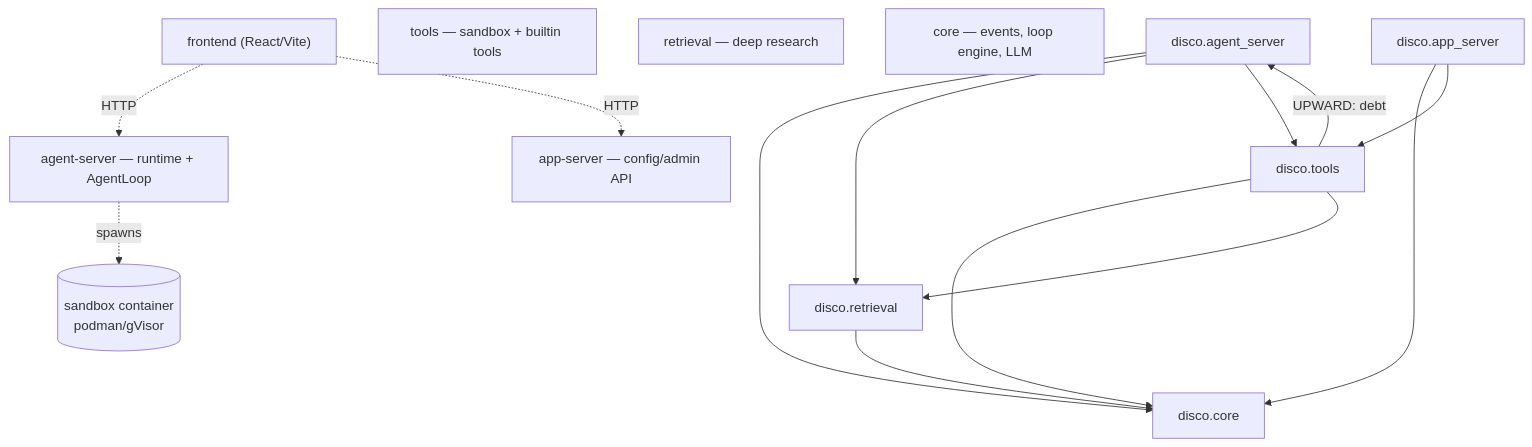
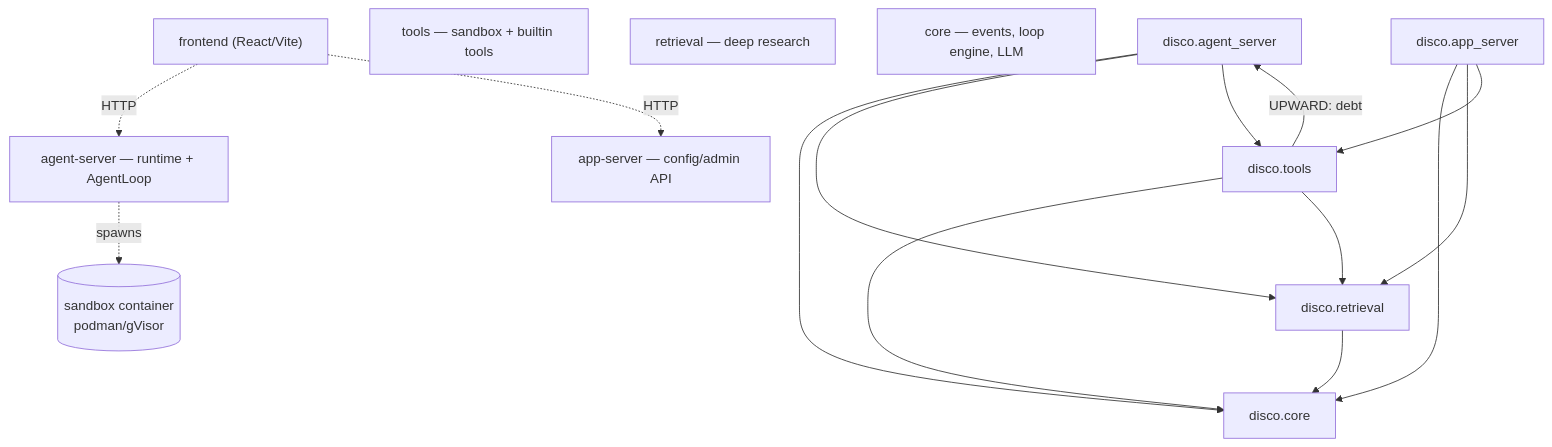
Before and after one commit to Dyluhn/disco: the diagram in current/docs/architecture.generated.md, drawn with Mermaid. The commit also changed 735 other files, not shown here.

````diff
--- a/current/docs/architecture.generated.md
+++ b/current/docs/architecture.generated.md
@@ -11,25 +11,26 @@
 ```mermaid
 graph TD
     frontend["frontend (React/Vite)"]
     app_server["app-server — config/admin API"]
     agent_server["agent-server — runtime + AgentLoop"]
     tools["tools — sandbox + builtin tools"]
     retrieval["retrieval — deep research"]
     core["core — events, loop engine, LLM"]
     sandbox[("sandbox container<br/>podman/gVisor")]
     %% runtime (HTTP / spawn) edges — stable, not import-derived
     frontend -.HTTP.-> agent_server
     frontend -.HTTP.-> app_server
     agent_server -.spawns.-> sandbox
     %% import edges (auto-derived from checked context registry)
     disco.agent_server --> disco.core
     disco.agent_server --> disco.retrieval
     disco.agent_server --> disco.tools
     disco.app_server --> disco.core
+    disco.app_server --> disco.retrieval
     disco.app_server --> disco.tools
     disco.retrieval --> disco.core
     disco.tools ==>|UPWARD: debt| disco.agent_server
     disco.tools --> disco.core
     disco.tools --> disco.retrieval
     linkStyle default stroke-width:1px
 ```
````
